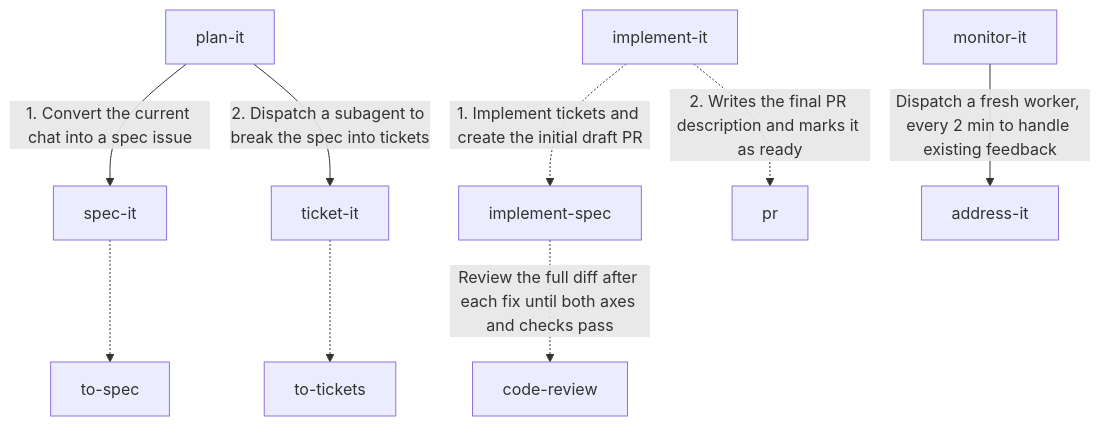
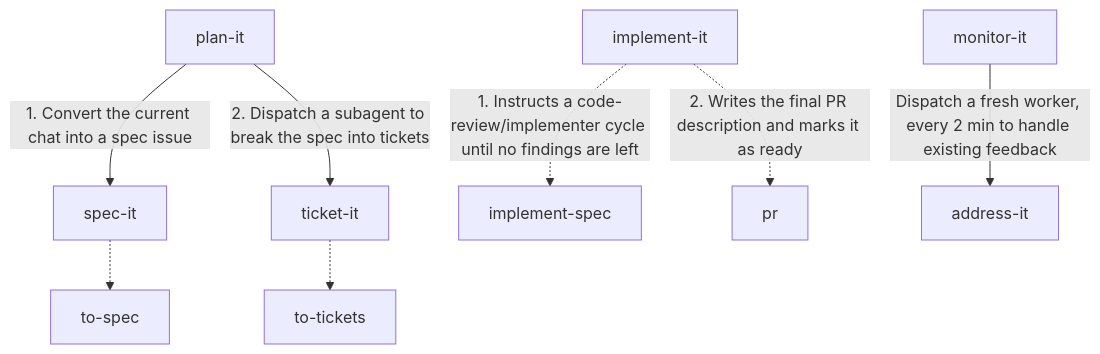
Before and after one commit to goncalvesjoao/ship-it: the diagram in README.md, drawn with Mermaid.

````diff
--- a/README.md
+++ b/README.md
@@ -95,12 +95,11 @@
 ```mermaid
 flowchart TD
     planIt["plan-it"] -->|1. Convert the current chat into a spec issue| specIt
     planIt -->|2. Dispatch a subagent to break the spec into tickets| ticketIt
     specIt["spec-it"] -.-> toSpec["to-spec"]
     ticketIt["ticket-it"] -.-> toTickets["to-tickets"]
 
-    implementation["implement-it"] -.->|1. Implement tickets and create the initial draft PR| implementSpec["implement-spec"]
-    implementSpec -.->|Review the full diff after each fix until both axes and checks pass| codeReview["code-review"]
+    implementation["implement-it"] -.->|1. Instructs a code-review/implementer cycle until no findings are left| implementSpec["implement-spec"]
     implementation -.->|2. Writes the final PR description and marks it as ready| pr["pr"]
     monitor["monitor-it"] -->|Dispatch a fresh worker, every 2 min to handle existing feedback| address["address-it"]
 ```
````
